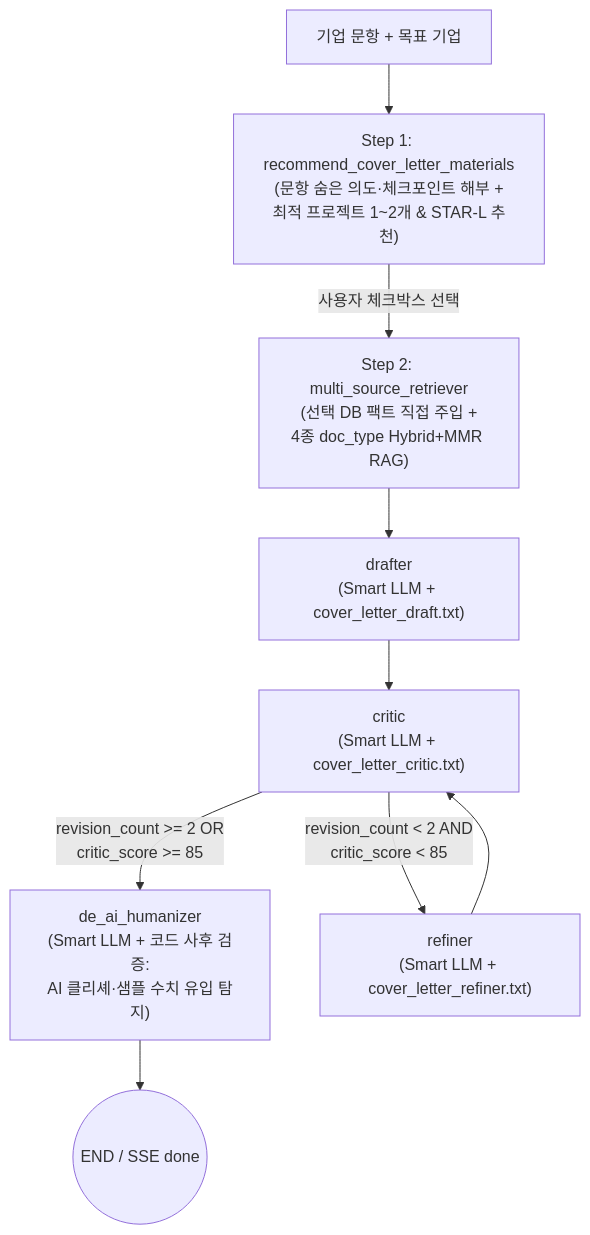
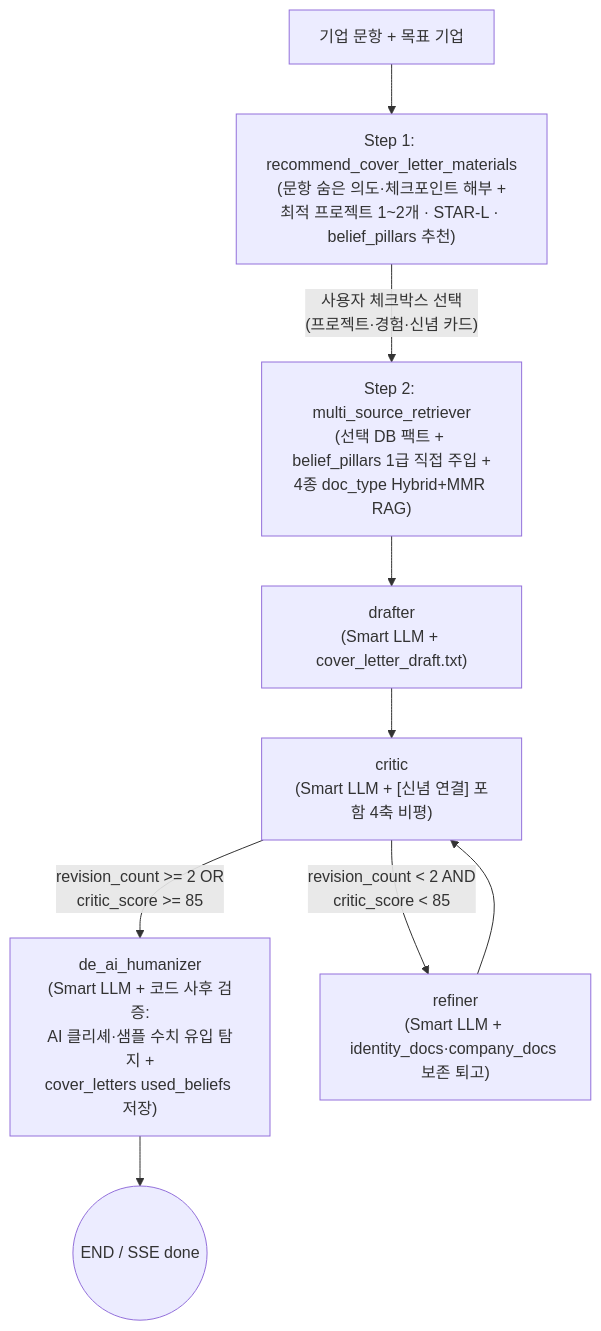
Before and after one commit to KASOP0306/write-on-vibe-lab: the fourth of 5 diagrams in WORKFLOWS.md, drawn with Mermaid. The commit also changed other lines of this file and 5 other files, not shown here.

Commit message:
docs: sync all markdown docs with Interview v3.0, Belief Pillars, Copilot STAR-L sync, and GitHub integration

````diff
--- a/WORKFLOWS.md
+++ b/WORKFLOWS.md
@@ -96,11 +101,11 @@
 ```mermaid
 flowchart TD
-    Q_IN["기업 문항 + 목표 기업"] --> REC["Step 1: recommend_cover_letter_materials\n(문항 숨은 의도·체크포인트 해부 +\n최적 프로젝트 1~2개 & STAR-L 추천)"]
-    REC -->|"사용자 체크박스 선택"| RET["Step 2: multi_source_retriever\n(선택 DB 팩트 직접 주입 +\n4종 doc_type Hybrid+MMR RAG)"]
+    Q_IN["기업 문항 + 목표 기업"] --> REC["Step 1: recommend_cover_letter_materials\n(문항 숨은 의도·체크포인트 해부 +\n최적 프로젝트 1~2개 · STAR-L · belief_pillars 추천)"]
+    REC -->|"사용자 체크박스 선택\n(프로젝트·경험·신념 카드)"| RET["Step 2: multi_source_retriever\n(선택 DB 팩트 + belief_pillars 1급 직접 주입 +\n4종 doc_type Hybrid+MMR RAG)"]
     RET --> DRAFT["drafter\n(Smart LLM + cover_letter_draft.txt)"]
-    DRAFT --> CRITIC["critic\n(Smart LLM + cover_letter_critic.txt)"]
-    CRITIC -->|"revision_count >= 2 OR\ncritic_score >= 85"| HUMAN["de_ai_humanizer\n(Smart LLM + 코드 사후 검증:\nAI 클리셰·샘플 수치 유입 탐지)"]
-    CRITIC -->|"revision_count < 2 AND\ncritic_score < 85"| REFINE["refiner\n(Smart LLM + cover_letter_refiner.txt)"]
+    DRAFT --> CRITIC["critic\n(Smart LLM + [신념 연결] 포함 4축 비평)"]
+    CRITIC -->|"revision_count >= 2 OR\ncritic_score >= 85"| HUMAN["de_ai_humanizer\n(Smart LLM + 코드 사후 검증:\nAI 클리셰·샘플 수치 유입 탐지 +\ncover_letters used_beliefs 저장)"]
+    CRITIC -->|"revision_count < 2 AND\ncritic_score < 85"| REFINE["refiner\n(Smart LLM + identity_docs·company_docs 보존 퇴고)"]
     REFINE --> CRITIC
     HUMAN --> E((END / SSE done))
 ```
````
